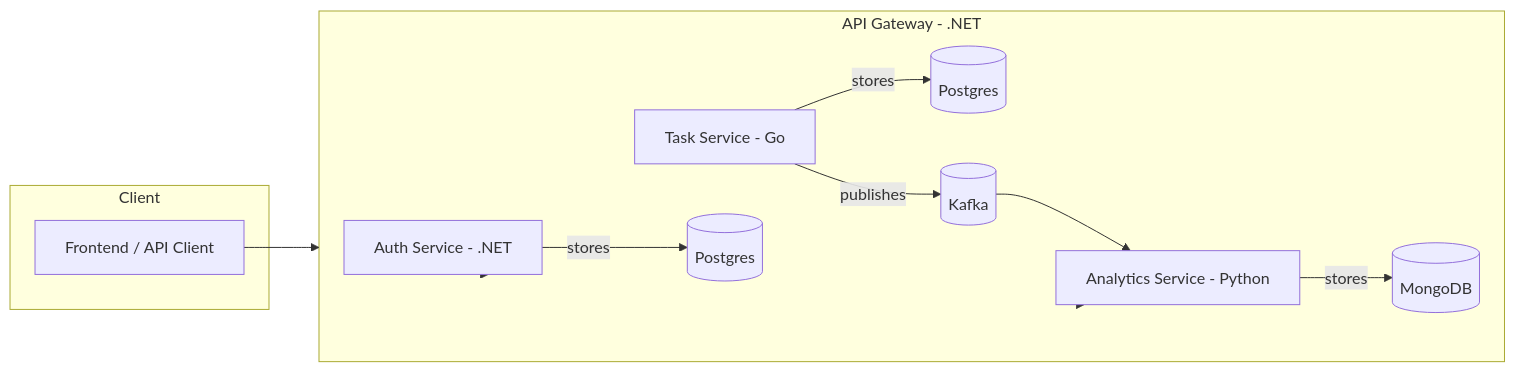
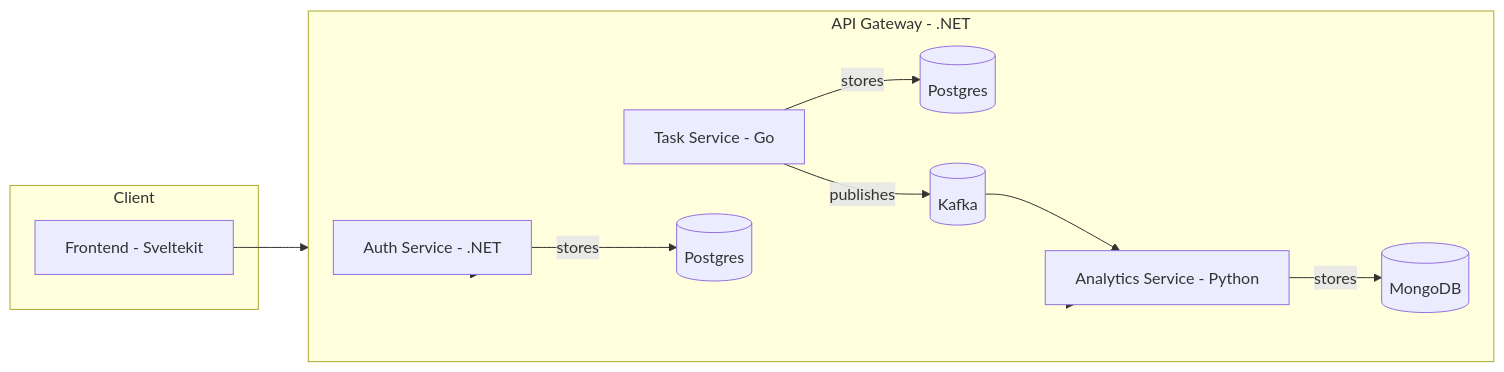
The diagram in README.md (TopSwagCode/polyglot-microservices), drawn with Mermaid before and after one commit. The commit also changed other lines of this file, not shown here.

````diff
--- a/README.md
+++ b/README.md
@@ -30,24 +31,24 @@
 ``` mermaid
 flowchart LR
     subgraph Client
-        UI[Frontend / API Client]
+        UI[Frontend - Sveltekit]
     end
 
     subgraph Gateway[API Gateway - .NET]
         AUTH[Auth Service - .NET]
         TASKS[Task Service - Go]
         ANALYTICS[Analytics Service - Python]
         AUTH -->|stores| PGA[(Postgres)]
         TASKS -->|stores| PGB[(Postgres)]
         TASKS -->|publishes| MQ[(Kafka)]
         MQ --> ANALYTICS
         ANALYTICS -->|stores| MDB[(MongoDB)]
     end
 
     UI --> Gateway
 
     Gateway --> AUTH
     Gateway --> TASKS
     Gateway --> ANALYTICS
 
 ```
````
